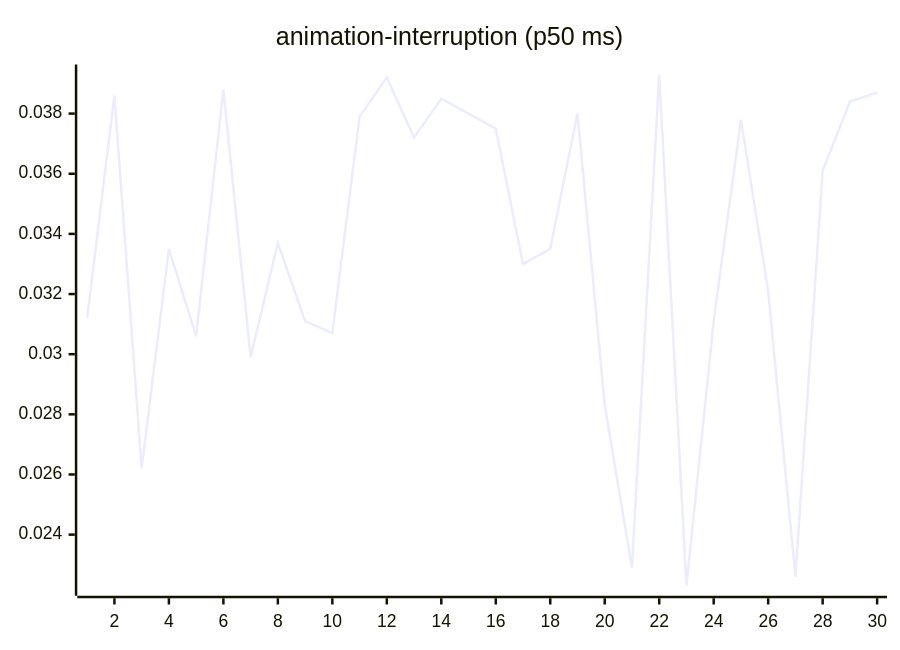
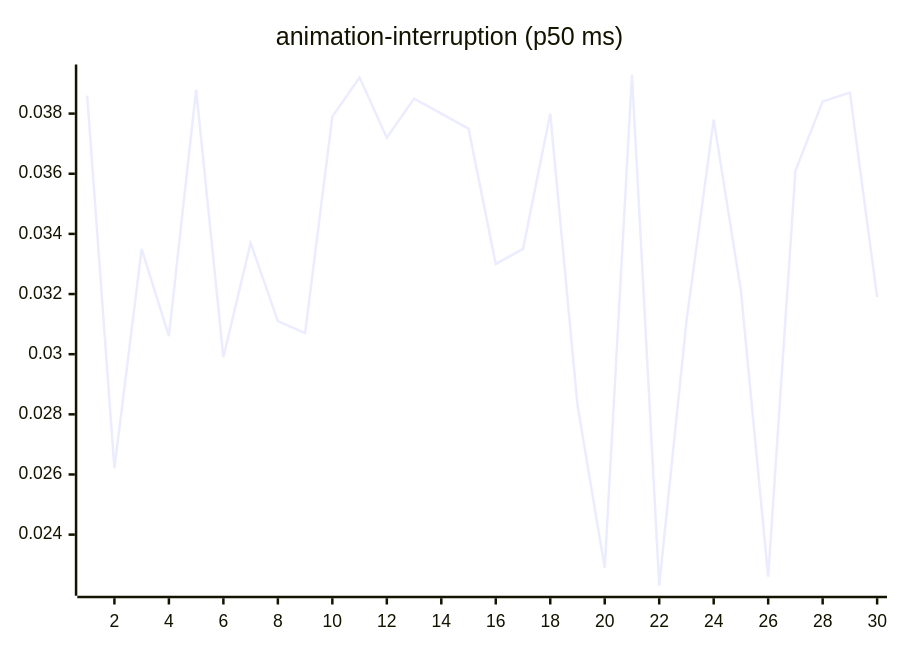
One commit to josha/Facet changed the third of 27 diagrams in README.md. Above: the diagram before and after it, drawn with Mermaid. The commit also changed other lines of this file and 2 other files, not shown here.

````diff
--- a/README.md
+++ b/README.md
@@ -77,6 +77,6 @@
 ```mermaid
 xychart-beta
     title "animation-interruption (p50 ms)"
     x-axis 1 --> 30
-    line [0.0312, 0.0386, 0.0262, 0.0335, 0.0306, 0.0388, 0.0299, 0.0337, 0.0311, 0.0307, 0.0379, 0.0392, 0.0372, 0.0385, 0.0380, 0.0375, 0.0330, 0.0335, 0.0380, 0.0283, 0.0229, 0.0393, 0.0223, 0.0311, 0.0378, 0.0321, 0.0226, 0.0361, 0.0384, 0.0387]
+    line [0.0386, 0.0262, 0.0335, 0.0306, 0.0388, 0.0299, 0.0337, 0.0311, 0.0307, 0.0379, 0.0392, 0.0372, 0.0385, 0.0380, 0.0375, 0.0330, 0.0335, 0.0380, 0.0283, 0.0229, 0.0393, 0.0223, 0.0311, 0.0378, 0.0321, 0.0226, 0.0361, 0.0384, 0.0387, 0.0319]
 ```
````
